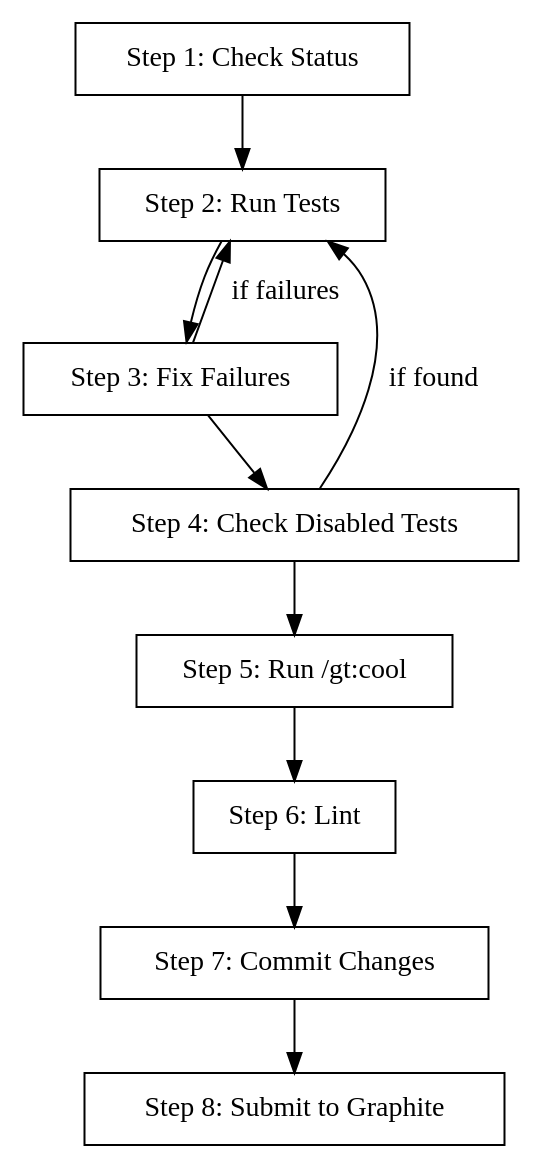
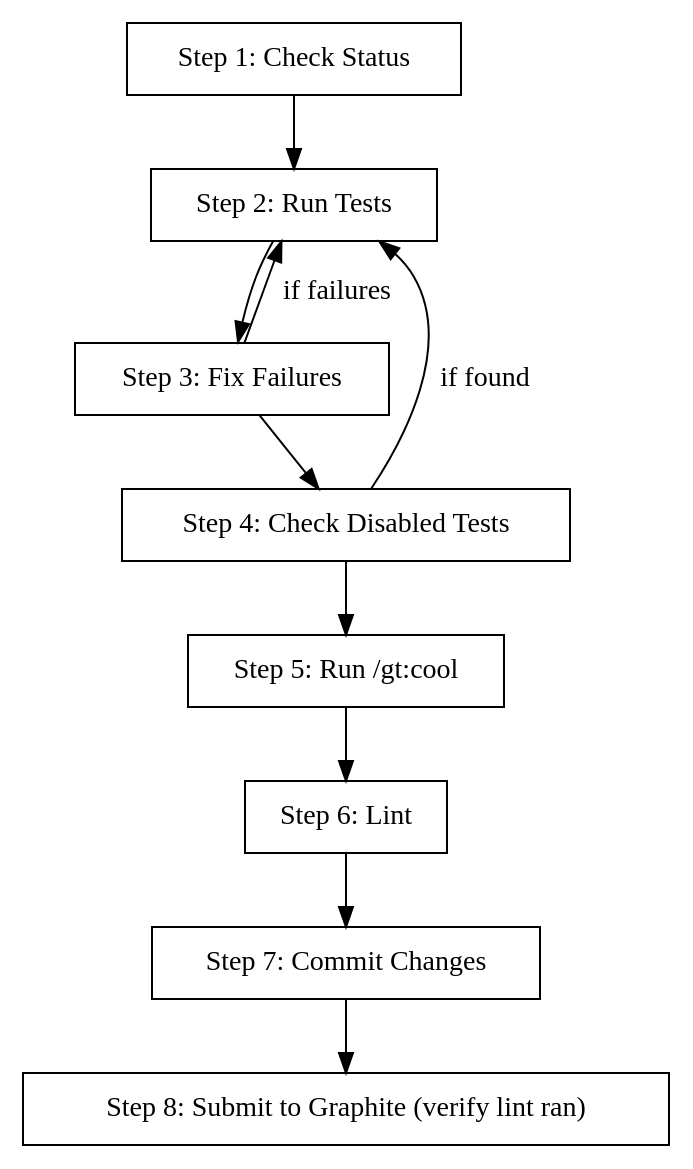
Before and after one commit to relh/metta: the diagram in docs/ai/daveey/skills/gt:submit/SKILL.md, drawn with Graphviz. The commit also changed other lines of this file and 1 other file, not shown here.

First line of the commit message:
chore: update auto-approve ai docs workflow and gt:submit instructions (#5252)

````diff
--- a/docs/ai/daveey/skills/gt:submit/SKILL.md
+++ b/docs/ai/daveey/skills/gt:submit/SKILL.md
@@ -19,19 +19,19 @@
 ```dot
 digraph submit {
   rankdir=TB;
   node [shape=box];
 
   status [label="Step 1: Check Status"];
   test [label="Step 2: Run Tests"];
   fix [label="Step 3: Fix Failures"];
   disabled [label="Step 4: Check Disabled Tests"];
   cool [label="Step 5: Run /gt:cool"];
   lint [label="Step 6: Lint"];
   commit [label="Step 7: Commit Changes"];
-  submit [label="Step 8: Submit to Graphite"];
+  submit [label="Step 8: Submit to Graphite (verify lint ran)"];
 
   status -> test -> fix -> disabled -> cool -> lint -> commit -> submit;
   fix -> test [label="if failures"];
   disabled -> test [label="if found"];
 }
 ```
````
